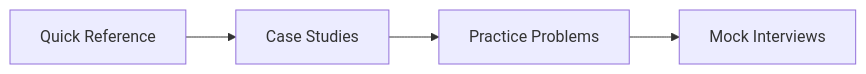
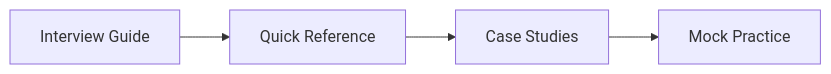
The fifth of 5 diagrams in README.md (bindian0509/system-design), drawn with Mermaid before and after one commit. The commit also changed other lines of this file, not shown here.

Commit message:
docs: Update README with new projects - leaderboard, collaborative-editor, issue-tracker, jwt-auth, products-api, system-design-interview-guide

````diff
--- a/README.md
+++ b/README.md
@@ -264,6 +351,6 @@
 ```mermaid
 flowchart LR
-    A[Quick Reference] --> B[Case Studies]
-    B --> C[Practice Problems]
-    C --> D[Mock Interviews]
+    A[Interview Guide] --> B[Quick Reference]
+    B --> C[Case Studies]
+    C --> D[Mock Practice]
 ```
````
